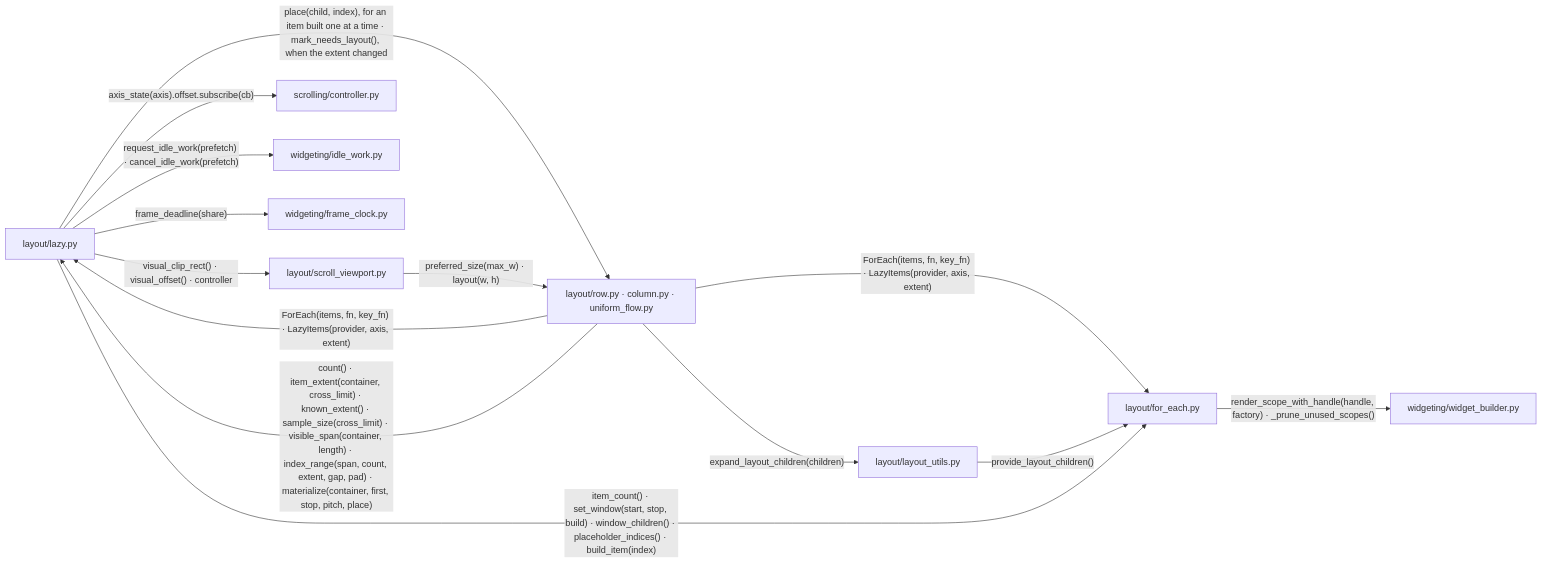
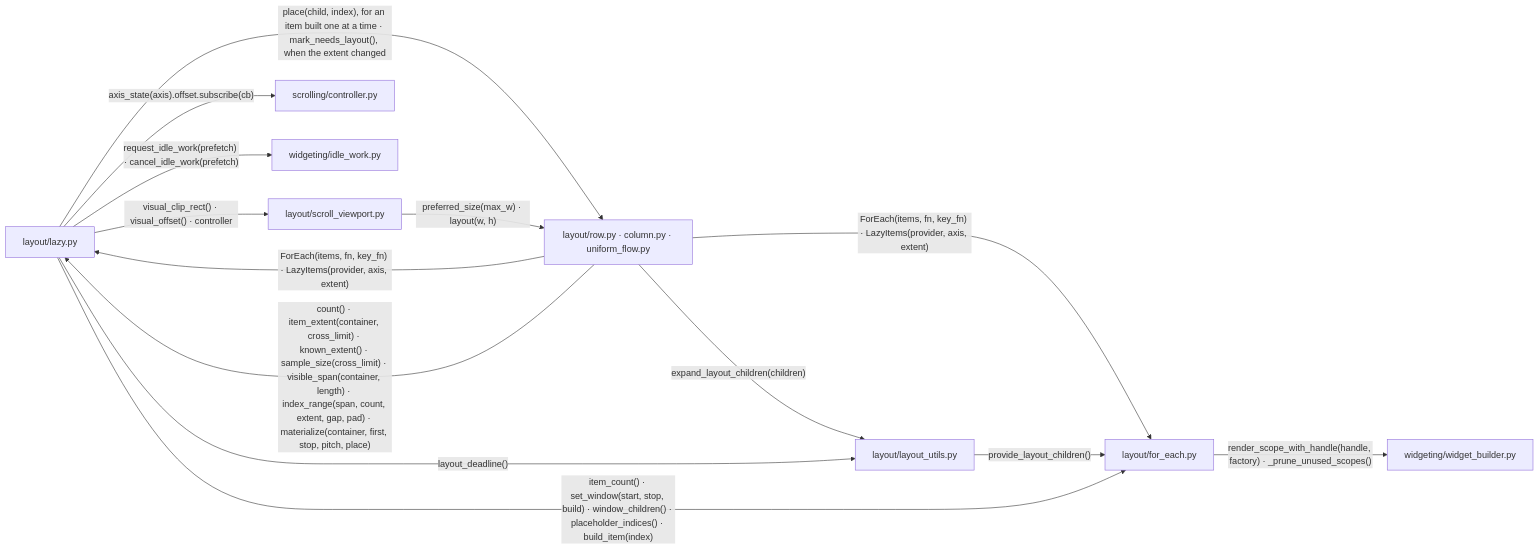
One commit to yuksblog/nuiitivet changed the fifth of 11 diagrams in docs/design/LAYOUT.md. Above: the diagram before and after it, drawn with Mermaid. The commit also changed other lines of this file and 15 other files, not shown here.

First line of the commit message:
perf(layout): a pass inside a frame stops at a child its parent sized

````diff
--- a/docs/design/LAYOUT.md
+++ b/docs/design/LAYOUT.md
@@ -160,25 +168,24 @@
 ```mermaid
 flowchart LR
     for_each[layout/for_each.py]
     lazy[layout/lazy.py]
     containers[layout/row.py · column.py · uniform_flow.py]
     utils[layout/layout_utils.py]
     viewport[layout/scroll_viewport.py]
     controller[scrolling/controller.py]
     builder[widgeting/widget_builder.py]
     idle[widgeting/idle_work.py]
-    frame[widgeting/frame_clock.py]
 
     containers -- "ForEach(items, fn, key_fn) · LazyItems(provider, axis, extent)" --> for_each & lazy
     containers -- "expand_layout_children(children)" --> utils
     utils -- "provide_layout_children()" --> for_each
     containers -- "count() · item_extent(container, cross_limit) · known_extent() · sample_size(cross_limit) · visible_span(container, length) · index_range(span, count, extent, gap, pad) · materialize(container, first, stop, pitch, place)" --> lazy
     lazy -- "place(child, index), for an item built one at a time · mark_needs_layout(), when the extent changed" --> containers
     viewport -- "preferred_size(max_w) · layout(w, h)" --> containers
     lazy -- "item_count() · set_window(start, stop, build) · window_children() · placeholder_indices() · build_item(index)" --> for_each
     lazy -- "visual_clip_rect() · visual_offset() · controller" --> viewport
     lazy -- "axis_state(axis).offset.subscribe(cb)" --> controller
     lazy -- "request_idle_work(prefetch) · cancel_idle_work(prefetch)" --> idle
-    lazy -- "frame_deadline(share)" --> frame
+    lazy -- "layout_deadline()" --> utils
     for_each -- "render_scope_with_handle(handle, factory) · _prune_unused_scopes()" --> builder
 ```
````
